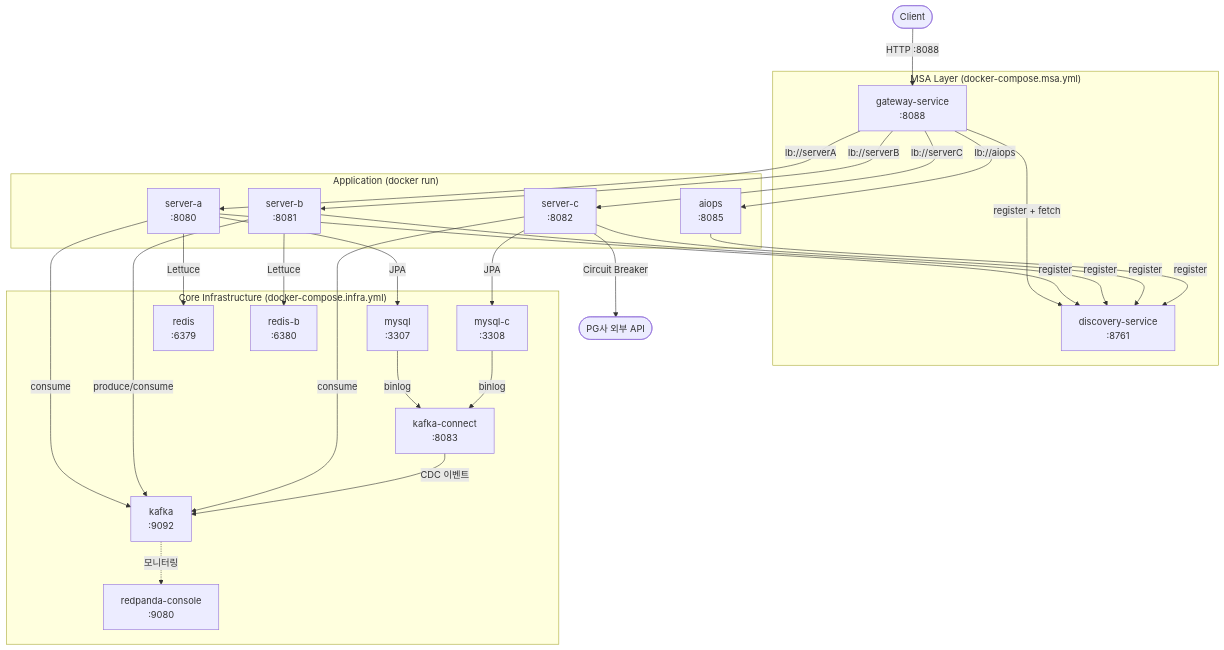
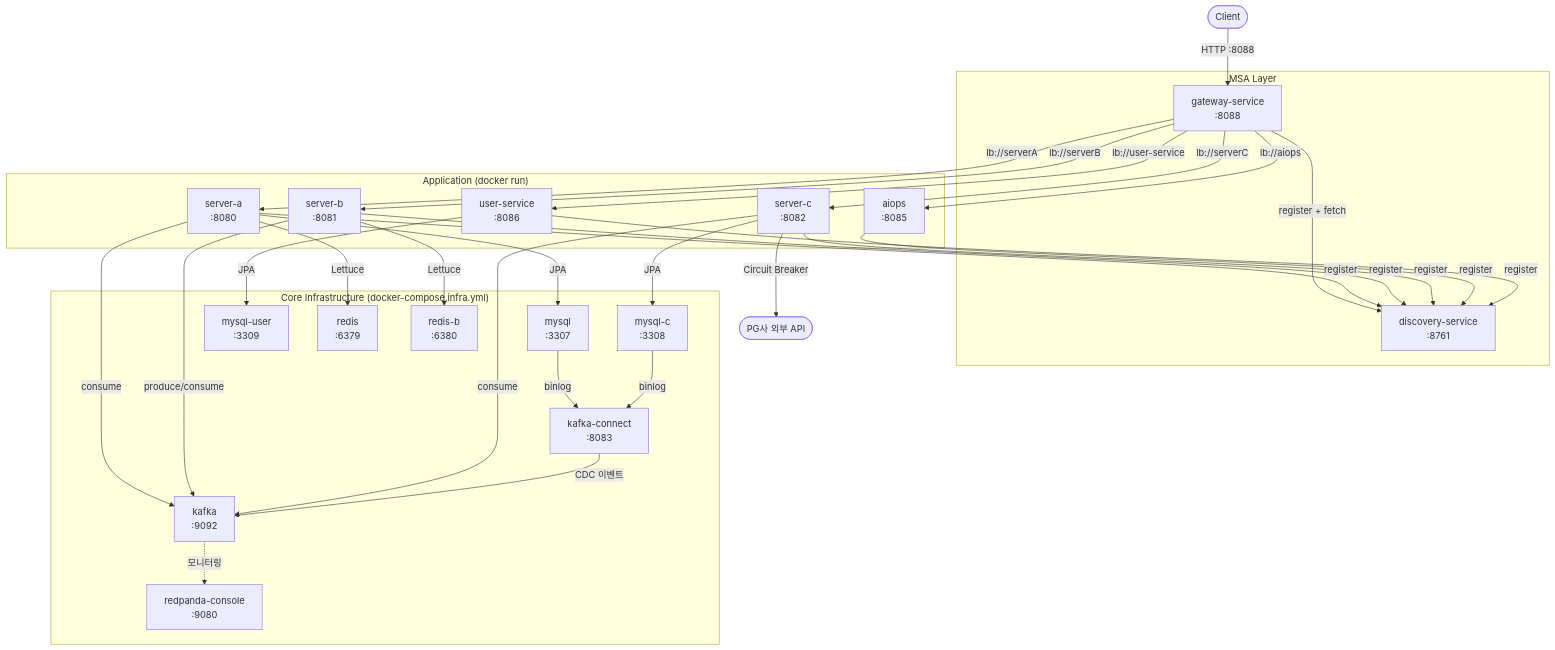
The first of 3 diagrams in docs/infra-diagram.md (michi2012/goods-promotion-project), drawn with Mermaid before and after one commit. The commit also changed other lines of this file and 2 other files, not shown here.

First line of the commit message:
@ docs: user-service 통합 반영 (arch-snapshot, infra-diagram, README)

````diff
--- a/docs/infra-diagram.md
+++ b/docs/infra-diagram.md
@@ -6,64 +6,69 @@
 ```mermaid
 flowchart TD
     Client(["Client"])
 
-    subgraph MSA["MSA Layer (docker-compose.msa.yml)"]
+    subgraph MSA["MSA Layer"]
         GW["gateway-service\n:8088"]
         DS["discovery-service\n:8761"]
     end
 
     subgraph App["Application (docker run)"]
         A["server-a\n:8080"]
         B["server-b\n:8081"]
         C["server-c\n:8082"]
         AIO["aiops\n:8085"]
+        US["user-service\n:8086"]
     end
 
     subgraph Infra["Core Infrastructure (docker-compose.infra.yml)"]
         MySQL["mysql\n:3307"]
         MySQLC["mysql-c\n:3308"]
+        MySQLU["mysql-user\n:3309"]
         Redis["redis\n:6379"]
         RedisB["redis-b\n:6380"]
         Kafka["kafka\n:9092"]
         KC["kafka-connect\n:8083"]
         RP["redpanda-console\n:9080"]
     end
 
     PG(["PG사 외부 API"])
 
     %% 외부 트래픽
     Client -->|"HTTP :8088"| GW
 
     %% 게이트웨이 → 서비스 (Eureka lb://, Rate Limiting 적용)
     GW -->|"lb://serverA"| A
     GW -->|"lb://serverB"| B
     GW -->|"lb://serverC"| C
     GW -->|"lb://aiops"| AIO
+    GW -->|"lb://user-service"| US
 
     %% Eureka 등록
     GW -->|"register + fetch"| DS
     A -->|"register"| DS
     B -->|"register"| DS
     C -->|"register"| DS
     AIO -->|"register"| DS
+    US -->|"register"| DS
 
     %% 앱 → 인프라
     A -->|"JPA"| MySQL
     A -->|"Lettuce"| Redis
     A -->|"consume"| Kafka
     B -->|"Lettuce"| RedisB
     B -->|"produce/consume"| Kafka
     C -->|"JPA"| MySQLC
     C -->|"consume"| Kafka
+    US -->|"JPA"| MySQLU
 
     %% Debezium CDC
     MySQL -->|"binlog"| KC
     MySQLC -->|"binlog"| KC
     KC -->|"CDC 이벤트"| Kafka
 
     %% 외부 결제
     C -->|"Circuit Breaker"| PG
 
     %% Kafka UI
     Kafka -.->|"모니터링"| RP
 ```
````
